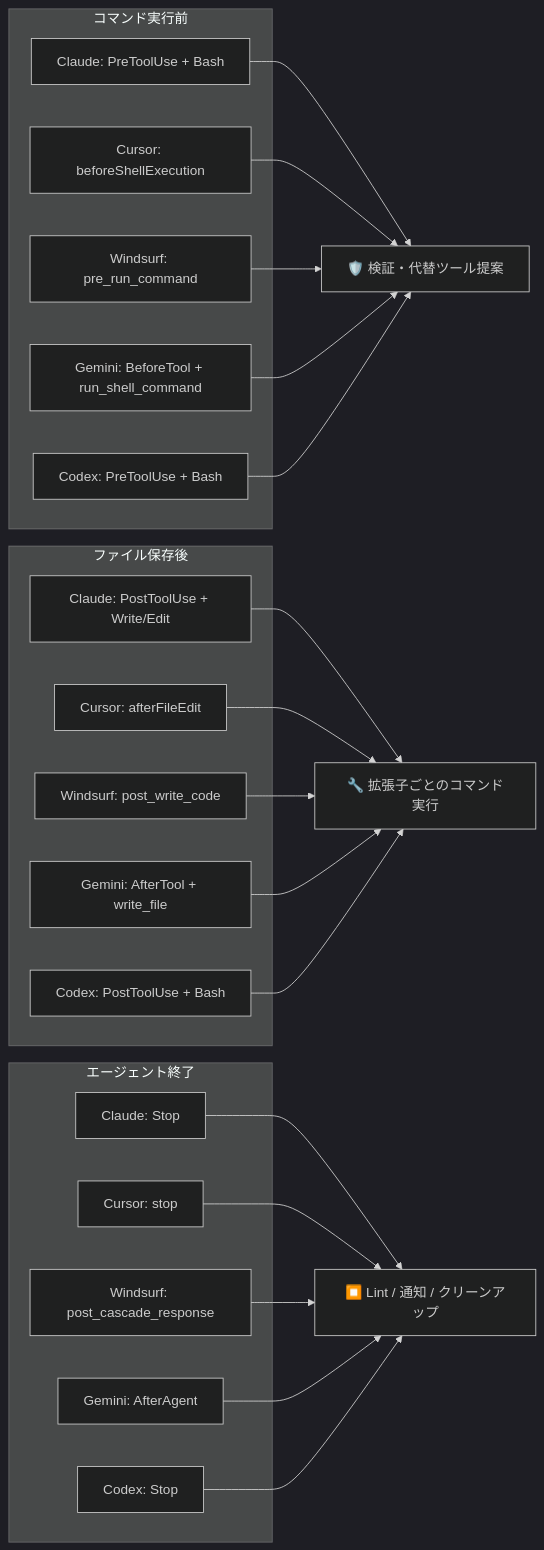
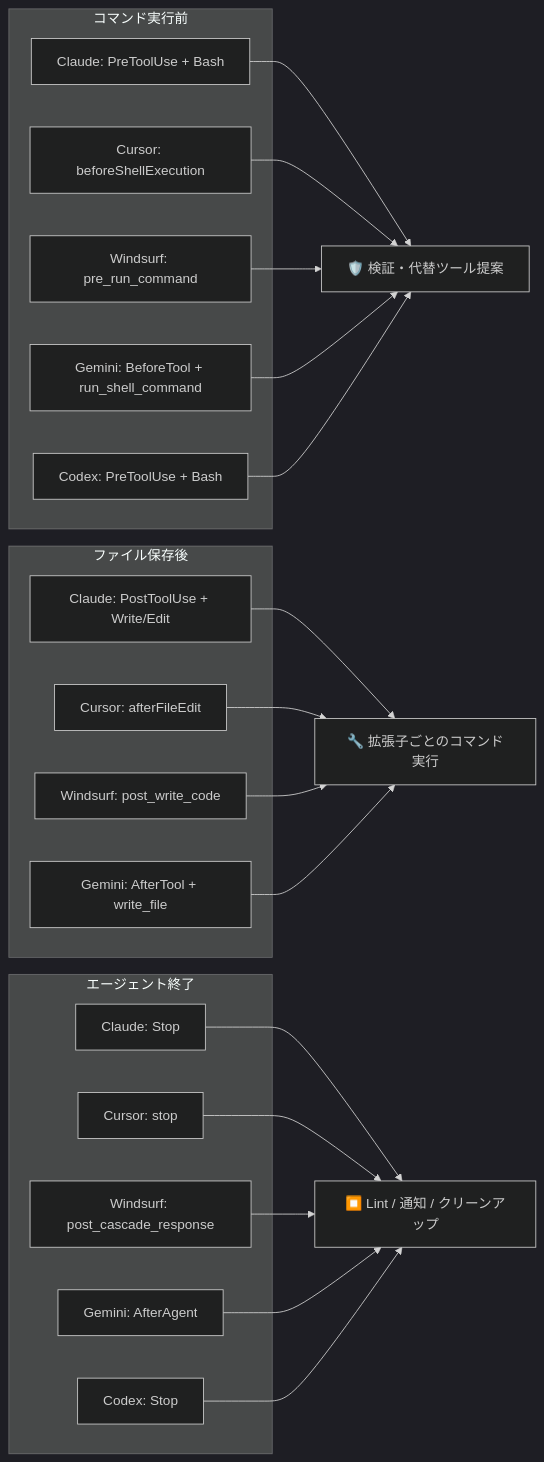
The diagram in README.ja.md (owayo/claw-hooks), drawn with Mermaid (dark theme) before and after one commit. The commit also changed other lines of this file and 4 other files, not shown here.

````diff
--- a/README.ja.md
+++ b/README.ja.md
@@ -911,44 +929,42 @@
 ```mermaid
 graph LR
     subgraph コマンド実行前
         CC1[Claude: PreToolUse + Bash]
         CU1[Cursor: beforeShellExecution]
         WS1[Windsurf: pre_run_command]
         GE1[Gemini: BeforeTool + run_shell_command]
         CX1[Codex: PreToolUse + Bash]
     end
     CH1[🛡️ 検証・代替ツール提案]
     CC1 --> CH1
     CU1 --> CH1
     WS1 --> CH1
     GE1 --> CH1
     CX1 --> CH1
 
     subgraph ファイル保存後
         CC2[Claude: PostToolUse + Write/Edit]
         CU2[Cursor: afterFileEdit]
         WS2[Windsurf: post_write_code]
         GE2[Gemini: AfterTool + write_file]
-        CX2[Codex: PostToolUse + Bash]
     end
     CH2[🔧 拡張子ごとのコマンド実行]
     CC2 --> CH2
     CU2 --> CH2
     WS2 --> CH2
     GE2 --> CH2
-    CX2 --> CH2
 
     subgraph エージェント終了
         CC3[Claude: Stop]
         CU3[Cursor: stop]
         WS3[Windsurf: post_cascade_response]
         GE3[Gemini: AfterAgent]
         CX3[Codex: Stop]
     end
     CH3[⏹️ Lint / 通知 / クリーンアップ]
     CC3 --> CH3
     CU3 --> CH3
     WS3 --> CH3
     GE3 --> CH3
     CX3 --> CH3
 ```
````
